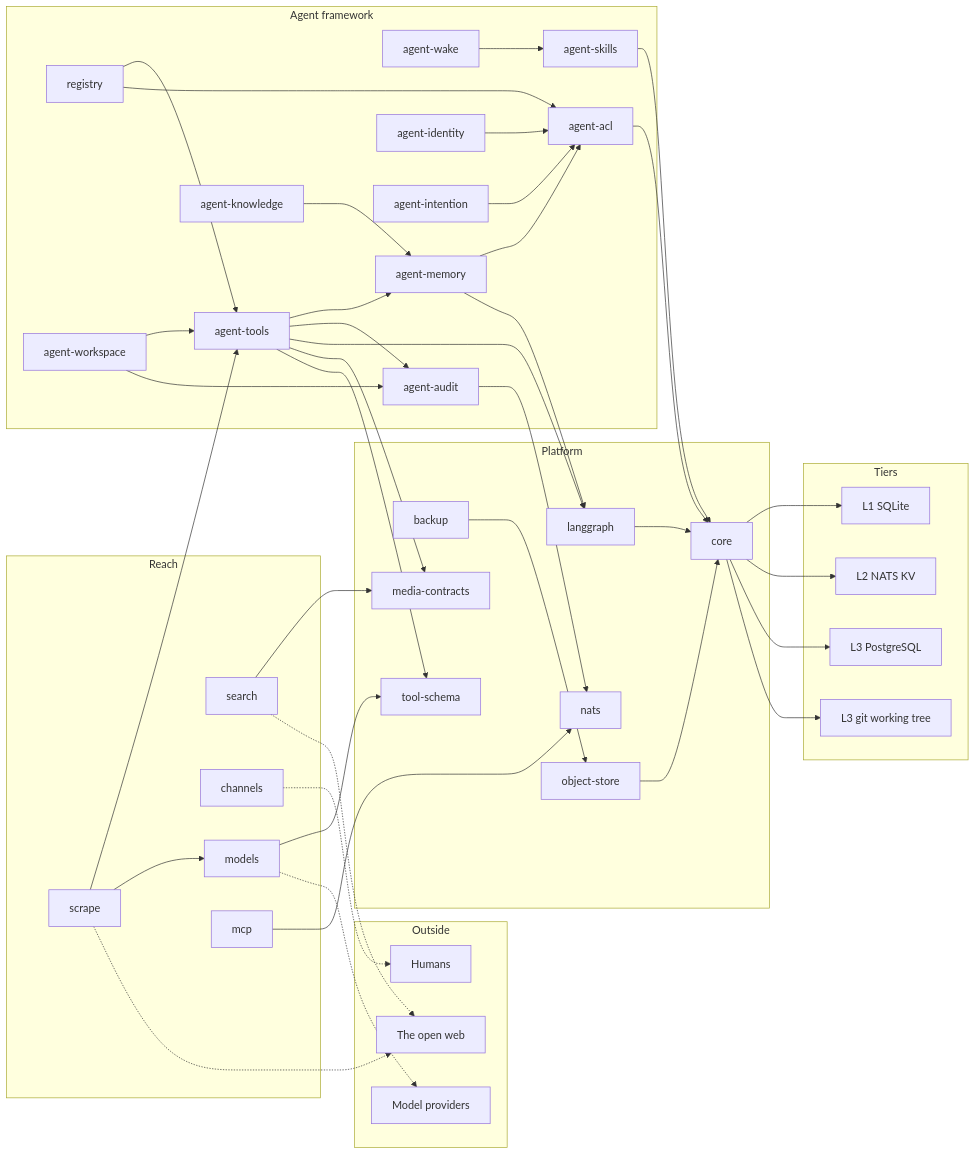
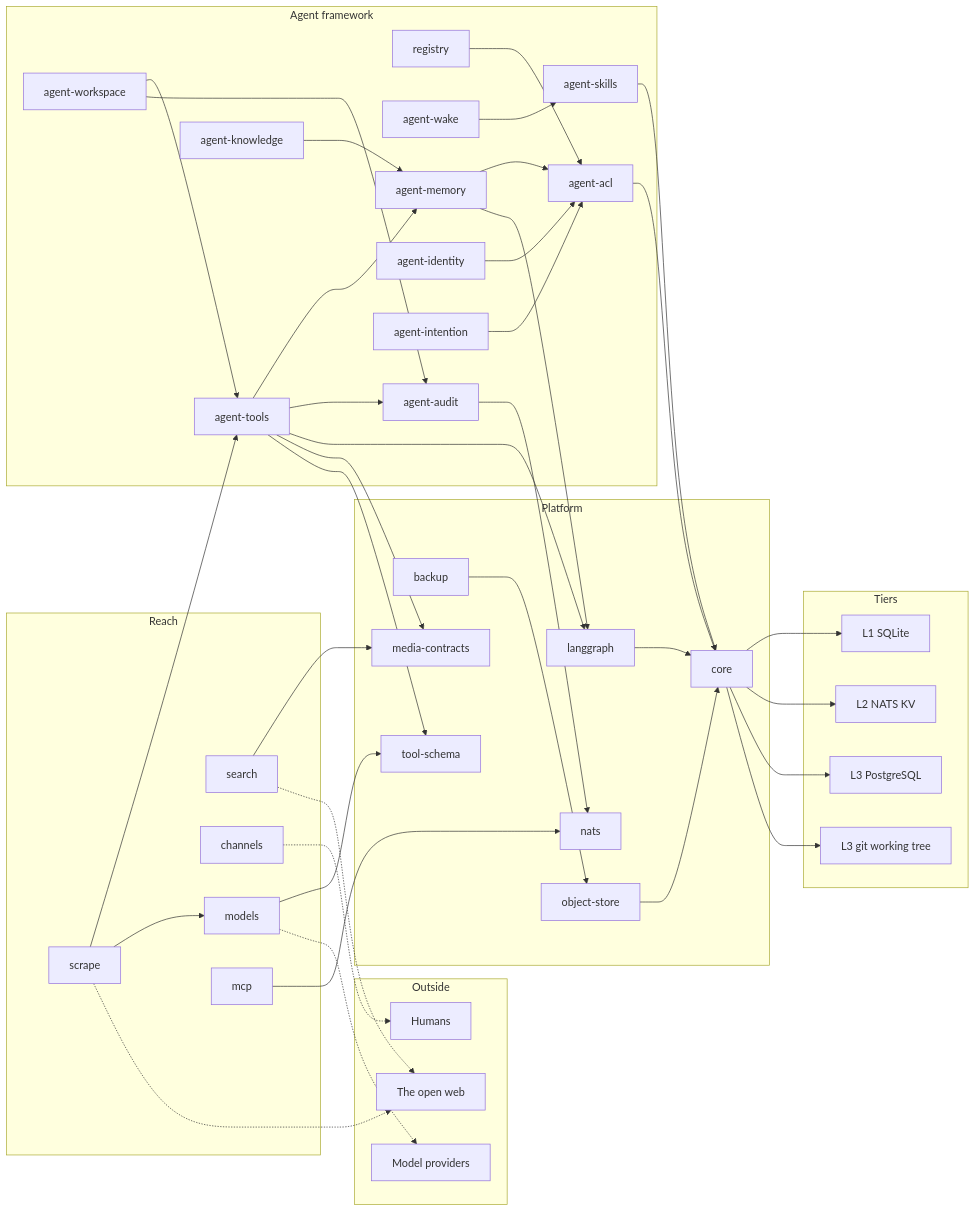
The diagram in README.md (pacepace/3tears), drawn with Mermaid before and after one commit. The commit also changed other lines of this file and 2 other files, not shown here.

First line of the commit message:
docs: the tool-call wire protocol moved into core, and registry left agent-tools

````diff
--- a/README.md
+++ b/README.md
@@ -213,82 +214,81 @@
 ```mermaid
 graph LR
     subgraph "Outside"
         WEB[The open web]
         HUM[Humans]
         LLM[Model providers]
     end
 
     subgraph "Reach"
         SCRAPE[scrape]
         SEARCH[search]
         CHAN[channels]
         MODELS[models]
         MCP[mcp]
     end
 
     subgraph "Agent framework"
         REG[registry]
         WORK[agent-workspace]
         TOOLS[agent-tools]
         WAKE[agent-wake]
         KNOW[agent-knowledge]
         MEM[agent-memory]
         SKILL[agent-skills]
         IDENT[agent-identity]
         INT[agent-intention]
         ACL[agent-acl]
         AUDIT[agent-audit]
     end
 
     subgraph "Platform"
         LG[langgraph]
         BACK[backup]
         OBJ[object-store]
         CORE[core]
         NATS[nats]
         MEDIA[media-contracts]
         TSCHEMA[tool-schema]
     end
 
     subgraph "Tiers"
         L1[L1 SQLite]
         L2[L2 NATS KV]
         L3[L3 PostgreSQL]
         L3G[L3 git working tree]
     end
 
     SCRAPE --> TOOLS
     SCRAPE --> MODELS
-    REG --> TOOLS
     REG --> ACL
     WORK --> TOOLS
     WORK --> AUDIT
     TOOLS --> MEM
     TOOLS --> AUDIT
     TOOLS --> LG
     TOOLS --> MEDIA
     TOOLS --> TSCHEMA
     MODELS --> TSCHEMA
     KNOW --> MEM
     MEM --> ACL
     IDENT --> ACL
     INT --> ACL
     MEM --> LG
     WAKE --> SKILL
     SKILL --> CORE
     ACL --> CORE
     LG --> CORE
     AUDIT --> NATS
     MCP --> NATS
     BACK --> OBJ
     OBJ --> CORE
     SEARCH --> MEDIA
     CORE --> L1
     CORE --> L2
     CORE --> L3
     CORE --> L3G
     SCRAPE -.-> WEB
     SEARCH -.-> WEB
     CHAN -.-> HUM
     MODELS -.-> LLM
 ```
````
